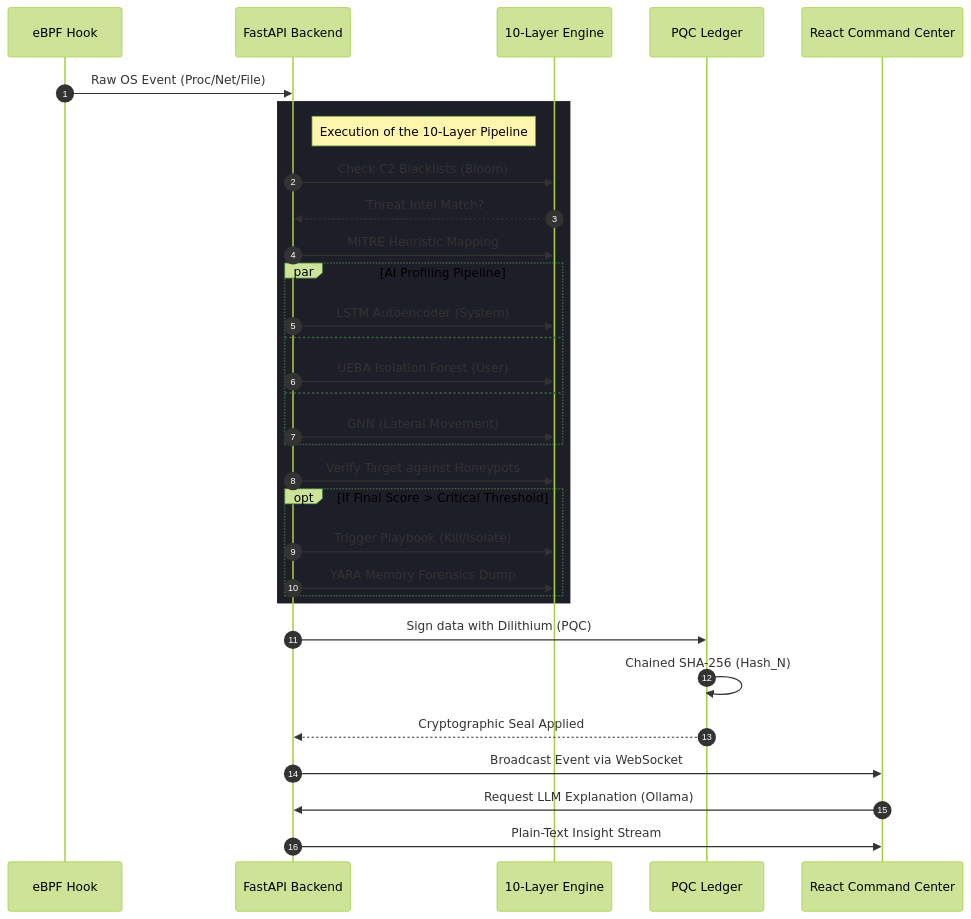
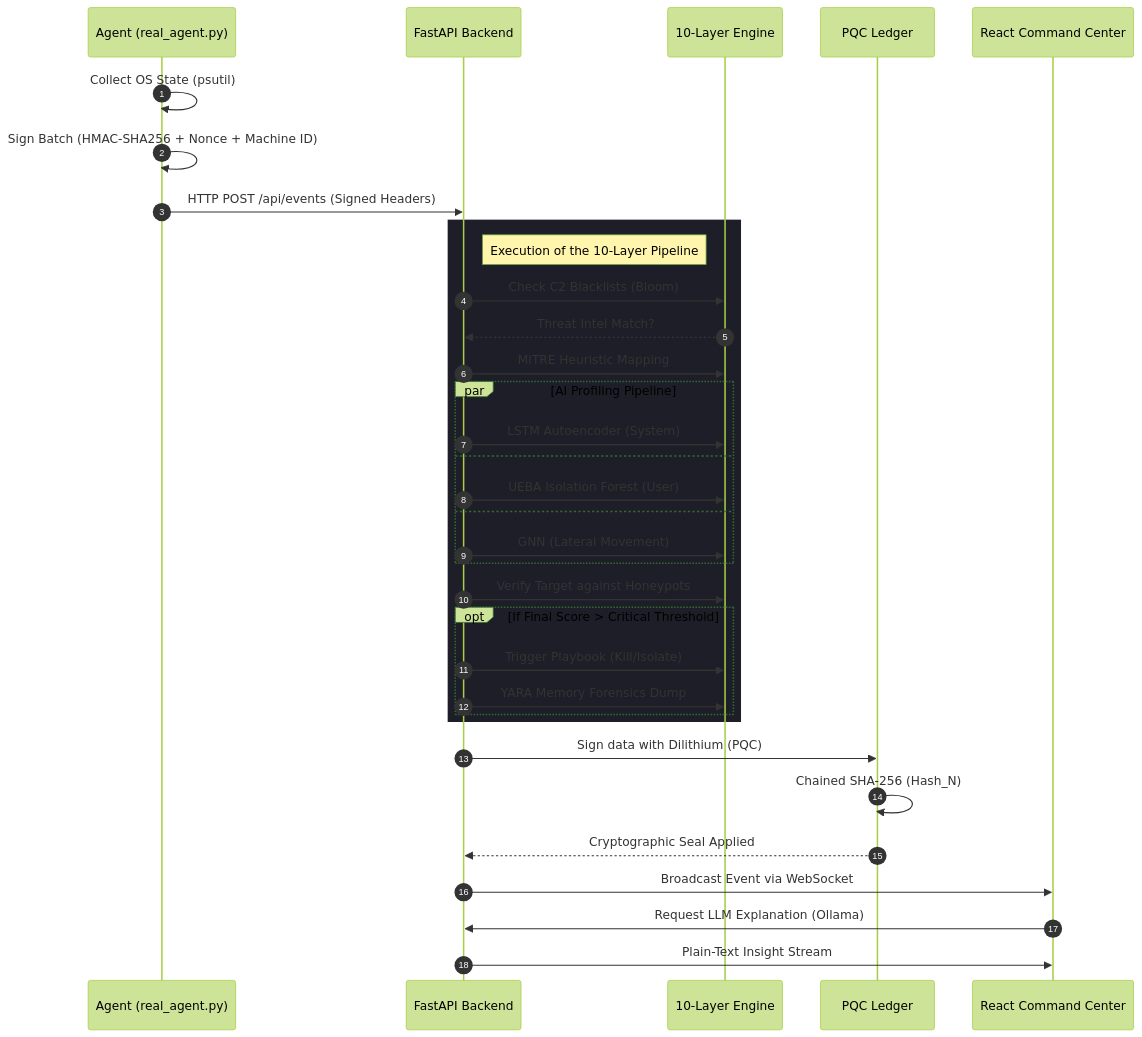
One commit to Patel-Priyank-1602/AEGIS changed the first of 2 diagrams in README.md. Above: the diagram before and after it, drawn with Mermaid (forest theme). The commit also changed other lines of this file and 10 other files, not shown here.

````diff
--- a/README.md
+++ b/README.md
@@ -141,41 +141,43 @@
 ```mermaid
 sequenceDiagram
     autonumber
-    participant Kernel as eBPF Hook
+    participant Agent as Agent (real_agent.py)
     participant API as FastAPI Backend
     participant Pipeline as 10-Layer Engine
     participant Crypto as PQC Ledger
     participant Dash as React Command Center
 
-    Kernel->>API: Raw OS Event (Proc/Net/File)
+    Agent->>Agent: Collect OS State (psutil)
+    Agent->>Agent: Sign Batch (HMAC-SHA256 + Nonce + Machine ID)
+    Agent->>API: HTTP POST /api/events (Signed Headers)
     
     rect rgb(30, 30, 40)
         note right of API: Execution of the 10-Layer Pipeline
         API->>Pipeline: Check C2 Blacklists (Bloom)
         Pipeline-->>API: Threat Intel Match?
         API->>Pipeline: MITRE Heuristic Mapping
         
         par AI Profiling Pipeline
             API->>Pipeline: LSTM Autoencoder (System)
         and
             API->>Pipeline: UEBA Isolation Forest (User)
         and
             API->>Pipeline: GNN (Lateral Movement)
         end
         
         API->>Pipeline: Verify Target against Honeypots
         
         opt If Final Score > Critical Threshold
             API->>Pipeline: Trigger Playbook (Kill/Isolate)
             API->>Pipeline: YARA Memory Forensics Dump
         end
     end
     
     API->>Crypto: Sign data with Dilithium (PQC)
     Crypto->>Crypto: Chained SHA-256 (Hash_N)
     Crypto-->>API: Cryptographic Seal Applied
     
     API->>Dash: Broadcast Event via WebSocket
     Dash->>API: Request LLM Explanation (Ollama)
     API->>Dash: Plain-Text Insight Stream
 ```
````
